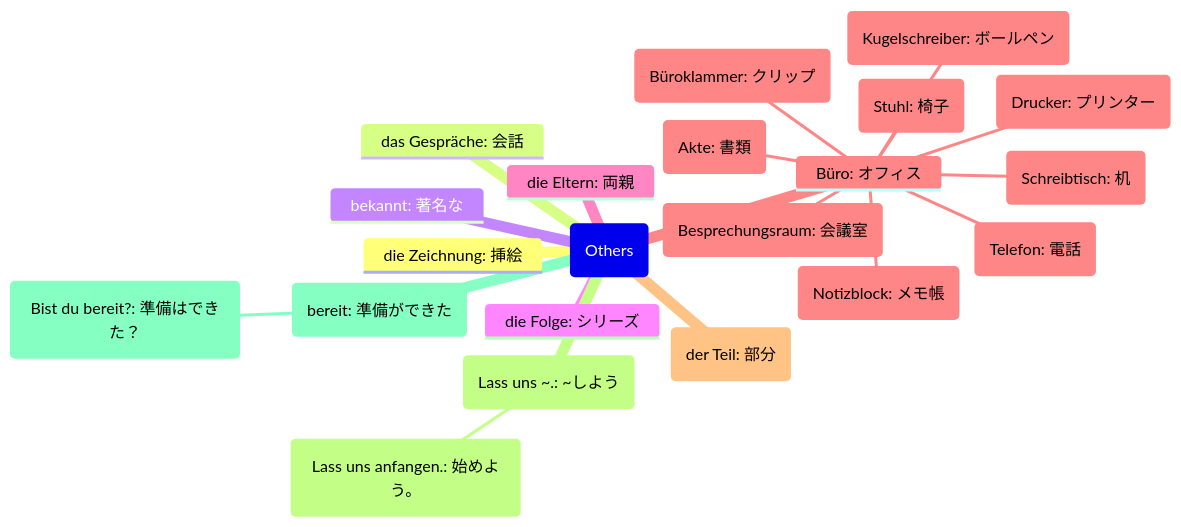
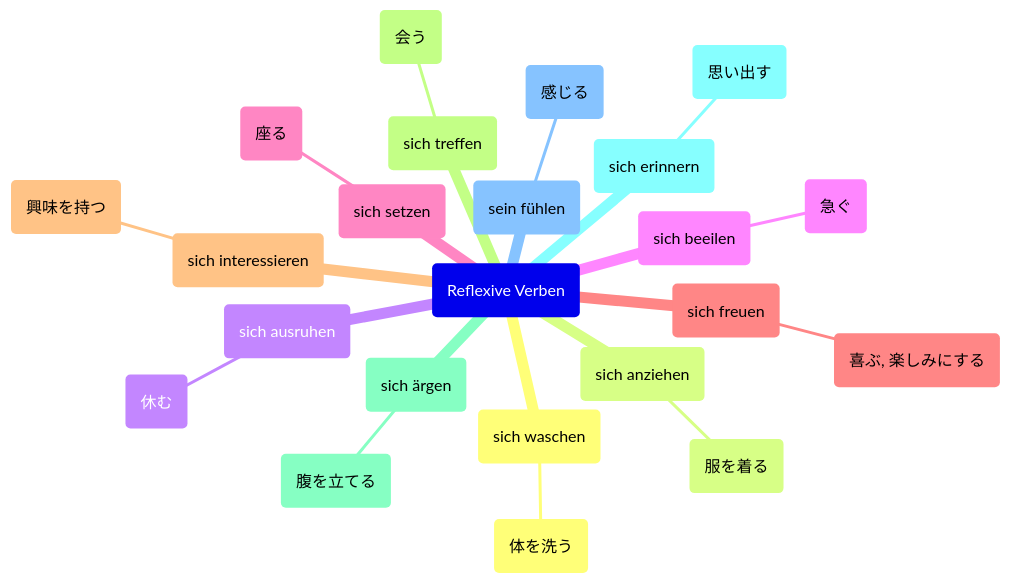
One commit to hyonsoku/mindmap changed the third of 3 diagrams in Dutesch/Verb/Dutschkurs.md. Above: the diagram before and after it, drawn with Mermaid. The commit also changed other lines of this file and 2 other files, not shown here.

Commit message:
Create Noun

````diff
--- a/Dutesch/Verb/Dutschkurs.md
+++ b/Dutesch/Verb/Dutschkurs.md
@@ -67,24 +67,26 @@
 ```mermaid
 mindmap
-    root(Others)
-        die Zeichnung: 挿絵
-        das Gespräche: 会話
-        bekannt: 著名な
-        die Folge: シリーズ
-        die Eltern: 両親
-        Büro: オフィス
-            (Schreibtisch: 机)
-            (Stuhl: 椅子)
-            (Drucker: プリンター)
-            (Telefon: 電話)
-            (Akte: 書類)
-            (Besprechungsraum: 会議室)
-            (Büroklammer: クリップ)
-            (Notizblock: メモ帳)
-            (Kugelschreiber: ボールペン)
-        (der Teil: 部分)
-        (Lass uns ~.: ~しよう)
-            (Lass uns anfangen.: 始めよう。)
-        (bereit: 準備ができた)
-            (Bist du bereit?: 準備はできた？)
+    root(Reflexive Verben)
+        (sich waschen)
+            (体を洗う)
+        (sich anziehen)
+            (服を着る)
+        (sich ausruhen)
+            (休む)
+        (sich beeilen)
+            (急ぐ)
+        (sich setzen)
+            (座る)
+        (sich freuen)
+            (喜ぶ, 楽しみにする)
+        (sich interessieren)
+            (興味を持つ)
+        (sich treffen)
+            (会う)
+        (sich ärgen)
+            (腹を立てる)
+        (sich erinnern)
+            (思い出す)
+        (sein fühlen)
+            (感じる)
 ```
````
